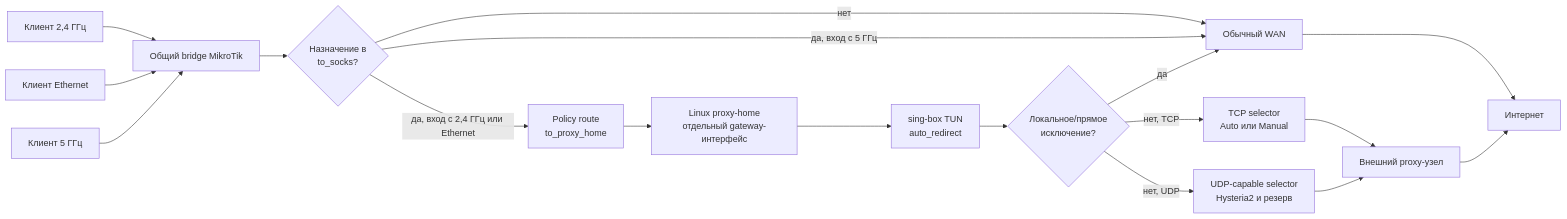
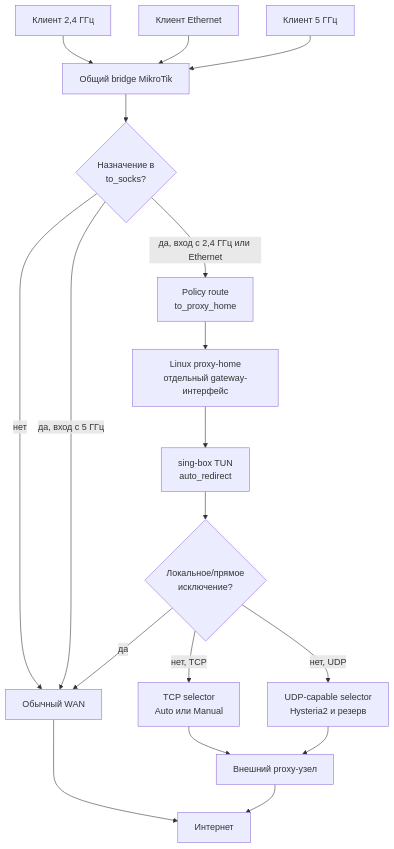
The second of 2 diagrams in README.md (lvipa/vpn-proxy-architecture), drawn with Mermaid before and after one commit.

Commit message:
Improve readability of home routing diagram

````diff
--- a/README.md
+++ b/README.md
@@ -89,20 +89,20 @@
 ```mermaid
-flowchart LR
+flowchart TB
     A[Клиент 2,4 ГГц] --> B[Общий bridge MikroTik]
     C[Клиент Ethernet] --> B
     D[Клиент 5 ГГц] --> B
     B --> E{Назначение в<br/>to_socks?}
     E -->|нет| W[Обычный WAN]
     E -->|да, вход с 5 ГГц| W
     E -->|да, вход с 2,4 ГГц или Ethernet| P[Policy route<br/>to_proxy_home]
     P --> G[Linux proxy-home<br/>отдельный gateway-интерфейс]
     G --> T[sing-box TUN<br/>auto_redirect]
     T --> Q{Локальное/прямое<br/>исключение?}
     Q -->|да| W
     Q -->|нет, TCP| S[TCP selector<br/>Auto или Manual]
     Q -->|нет, UDP| U[UDP-capable selector<br/>Hysteria2 и резерв]
     S --> I[Внешний proxy-узел]
     U --> I
     I --> X[Интернет]
     W --> X
 ```
````
